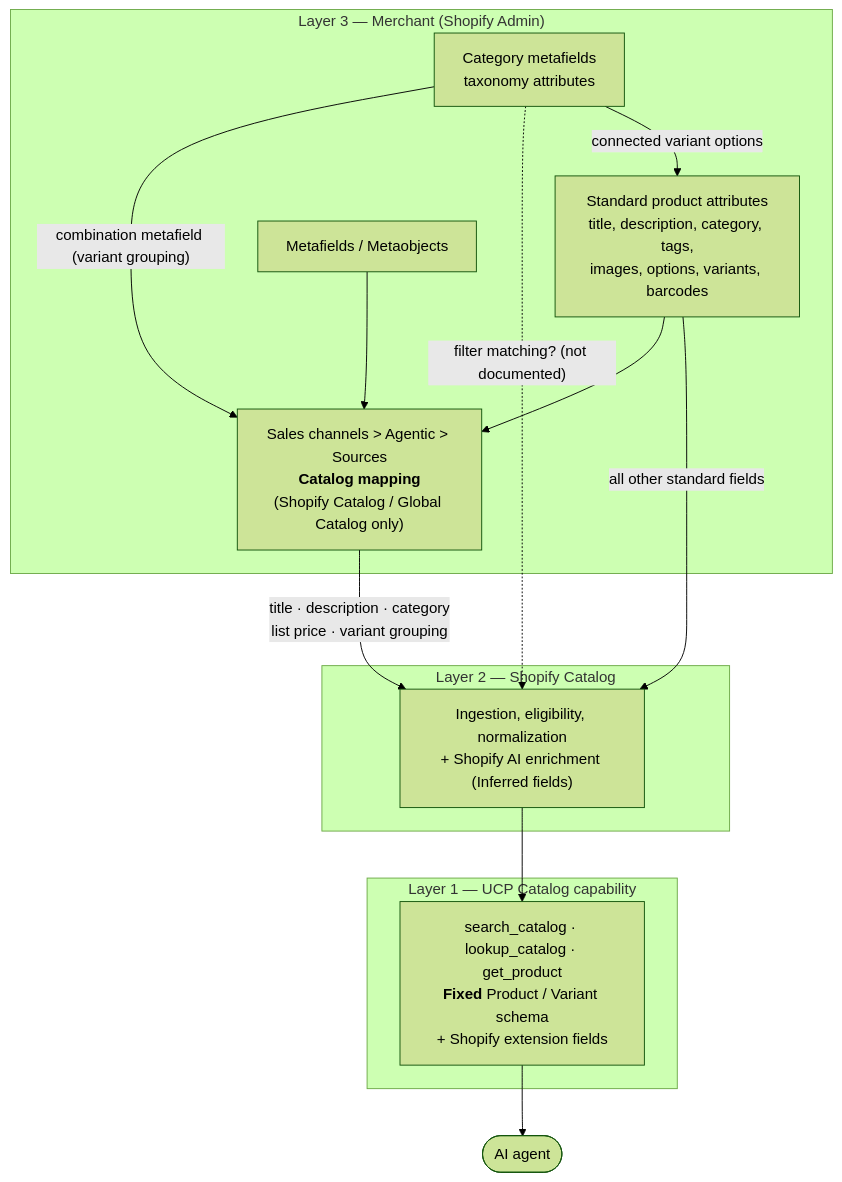
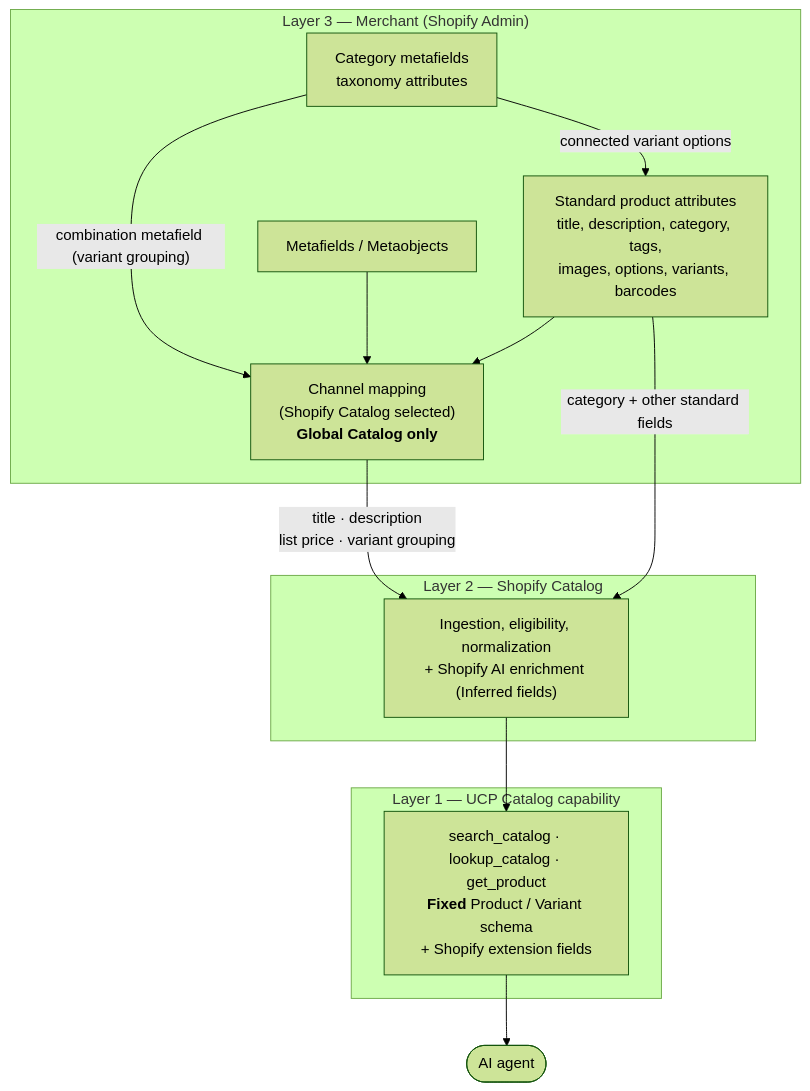
One commit to benzookapi/shopify-ucp-demo-mcp changed the first of 4 diagrams in docs/catalog-field-mapping.md. Above: the diagram before and after it, drawn with Mermaid (forest theme). The commit also changed other lines of this file and 4 other files, not shown here.

Commit message:
Align Catalog docs with current Channel mapping guidance

````diff
--- a/docs/catalog-field-mapping.md
+++ b/docs/catalog-field-mapping.md
@@ -19,25 +20,24 @@
 ```mermaid
 flowchart TB
     subgraph L3["Layer 3 — Merchant (Shopify Admin)"]
         PA["Standard product attributes<br/>title, description, category, tags,<br/>images, options, variants, barcodes"]
         MF["Metafields / Metaobjects"]
         CATMF["Category metafields<br/>taxonomy attributes"]
-        MAP["Sales channels &gt; Agentic &gt; Sources<br/><b>Catalog mapping</b><br/>(Shopify Catalog / Global Catalog only)"]
+        MAP["Channel mapping<br/>(Shopify Catalog selected)<br/><b>Global Catalog only</b>"]
     end
     subgraph L2["Layer 2 — Shopify Catalog"]
         ING["Ingestion, eligibility, normalization<br/>+ Shopify AI enrichment (Inferred fields)"]
     end
     subgraph L1["Layer 1 — UCP Catalog capability"]
         RESP["search_catalog · lookup_catalog · get_product<br/><b>Fixed</b> Product / Variant schema<br/>+ Shopify extension fields"]
     end
 
     PA --> MAP
     MF --> MAP
     CATMF -->|"combination metafield (variant grouping)"| MAP
-    CATMF -.->|"filter matching? (not documented)"| ING
     CATMF -->|"connected variant options"| PA
-    MAP -->|"title · description · category<br/>list price · variant grouping"| ING
-    PA -->|all other standard fields| ING
+    MAP -->|"title · description<br/>list price · variant grouping"| ING
+    PA -->|"category + other standard fields"| ING
     ING --> RESP
     RESP --> AGENT(["AI agent"])
 ```
````
